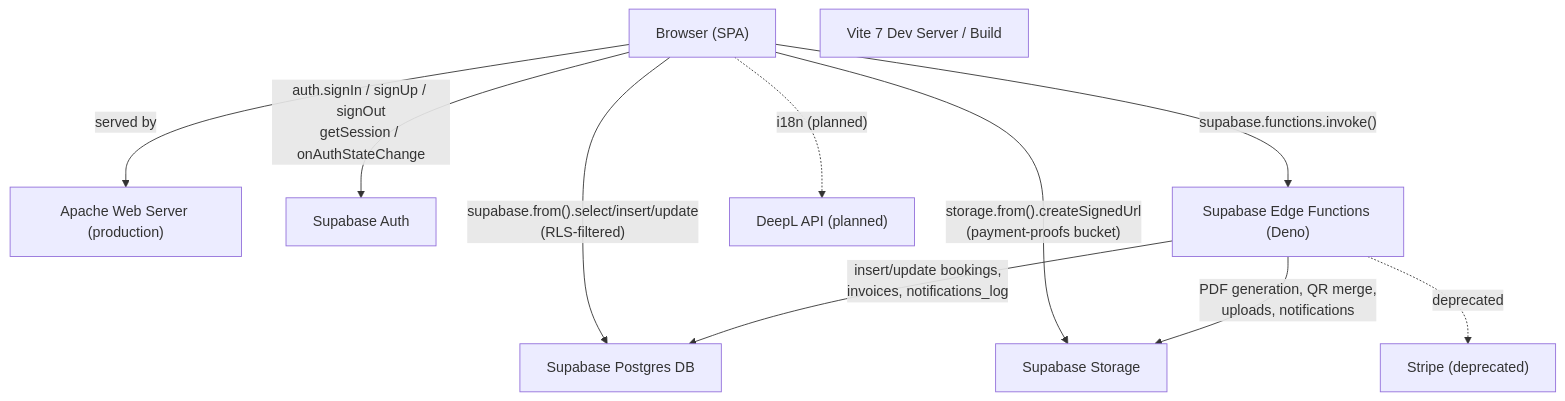
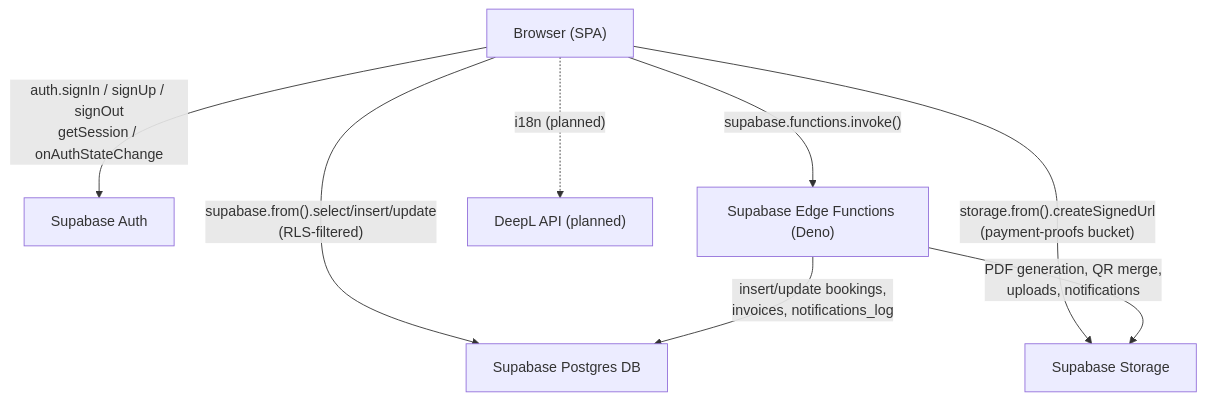
The first of 5 diagrams in specs/baseline-system/architecture.md (AGCPadelAcademy/web_application), drawn with Mermaid before and after one commit. The commit also changed other lines of this file and 31 other files, not shown here.

````diff
--- a/specs/baseline-system/architecture.md
+++ b/specs/baseline-system/architecture.md
@@ -14,22 +15,17 @@
 ```mermaid
 graph TD
     Browser["Browser (SPA)"]
-    Vite["Vite 7 Dev Server / Build"]
-    Apache["Apache Web Server (production)"]
     SupabaseAuth["Supabase Auth"]
     SupabaseDB["Supabase Postgres DB"]
     SupabaseStorage["Supabase Storage"]
     SupabaseFunctions["Supabase Edge Functions (Deno)"]
     DeepL["DeepL API (planned)"]
-    Stripe["Stripe (deprecated)"]
 
-    Browser -- "served by" --> Apache
     Browser -- "auth.signIn / signUp / signOut\ngetSession / onAuthStateChange" --> SupabaseAuth
     Browser -- "supabase.from().select/insert/update\n(RLS-filtered)" --> SupabaseDB
     Browser -- "storage.from().createSignedUrl\n(payment-proofs bucket)" --> SupabaseStorage
     Browser -- "supabase.functions.invoke()" --> SupabaseFunctions
     SupabaseFunctions -- "PDF generation, QR merge,\nuploads, notifications" --> SupabaseStorage
     SupabaseFunctions -- "insert/update bookings,\ninvoices, notifications_log" --> SupabaseDB
-    SupabaseFunctions -. "deprecated" .-> Stripe
     Browser -. "i18n (planned)" .-> DeepL
 ```
````
